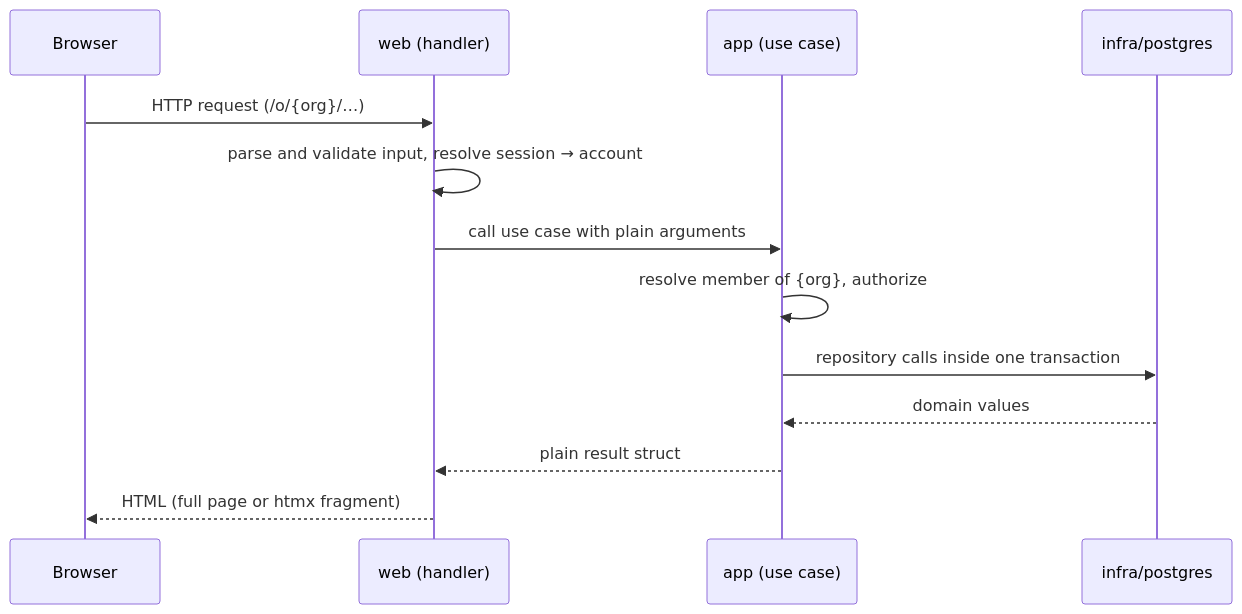
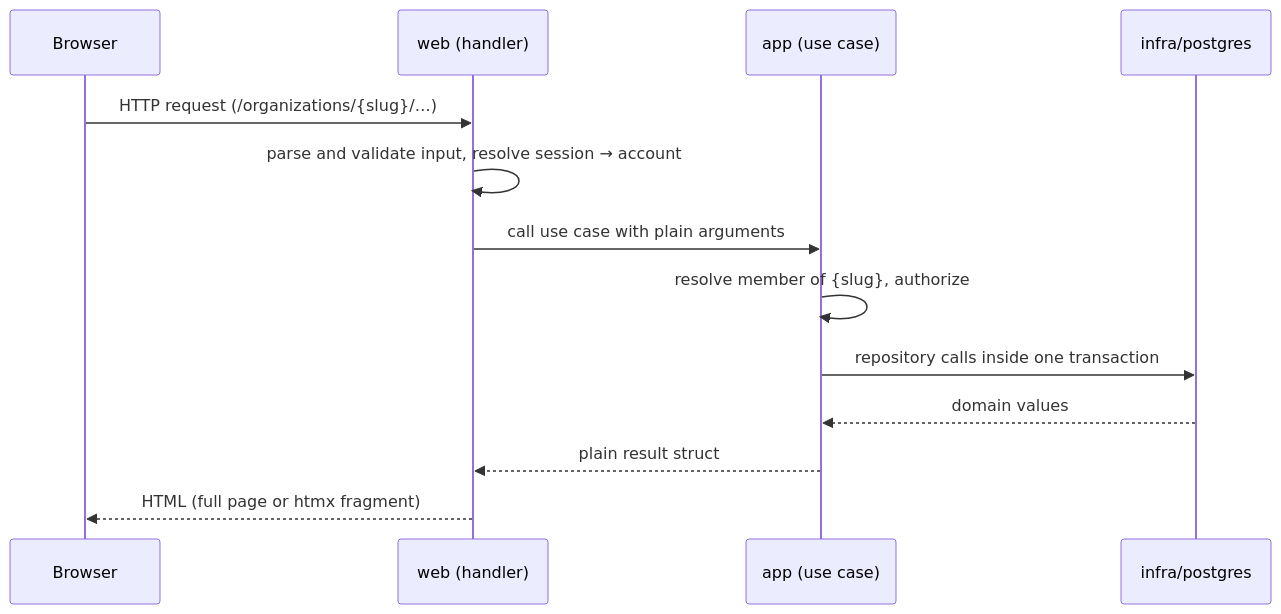
Before and after one commit to tkakkie/ribbitto: the diagram in docs/architecture/request-flow.md, drawn with Mermaid. The commit also changed other lines of this file and 6 other files, not shown here.

````diff
--- a/docs/architecture/request-flow.md
+++ b/docs/architecture/request-flow.md
@@ -3,15 +3,15 @@
 ```mermaid
 sequenceDiagram
   participant B as Browser
   participant W as web (handler)
   participant A as app (use case)
   participant P as infra/postgres
-  B->>W: HTTP request (/o/{org}/…)
+  B->>W: HTTP request (/organizations/{slug}/…)
   W->>W: parse and validate input, resolve session → account
   W->>A: call use case with plain arguments
-  A->>A: resolve member of {org}, authorize
+  A->>A: resolve member of {slug}, authorize
   A->>P: repository calls inside one transaction
   P-->>A: domain values
   A-->>W: plain result struct
   W-->>B: HTML (full page or htmx fragment)
 ```
````
